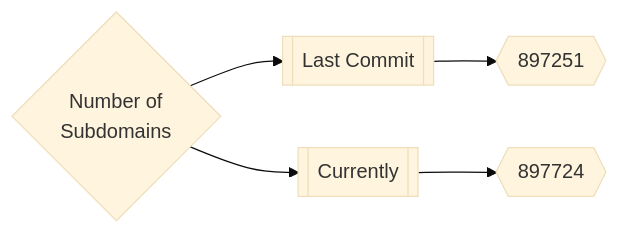
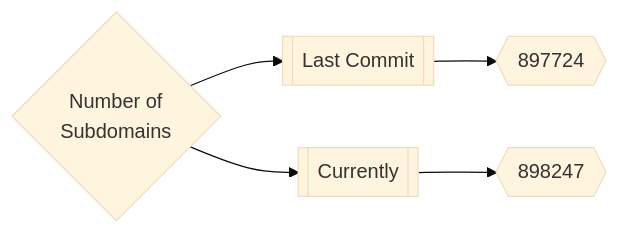
The first of 3 diagrams in README.md (trickest/inventory), drawn with Mermaid (base theme) before and after one commit.

Commit message:
Update README.md Mon Jul  4 21:48:36 UTC 2022

````diff
--- a/README.md
+++ b/README.md
@@ -167,5 +167,5 @@
 ```mermaid
 graph LR
-title{Number of<br>Subdomains} --> subdomainsDate1[[Last Commit]] --> subdomainsNum1{{897251}}
-title --> subdomainsDate2[[Currently]] --> subdomainsNum2{{897724}}
+title{Number of<br>Subdomains} --> subdomainsDate1[[Last Commit]] --> subdomainsNum1{{897724}}
+title --> subdomainsDate2[[Currently]] --> subdomainsNum2{{898247}}
 ```
````
